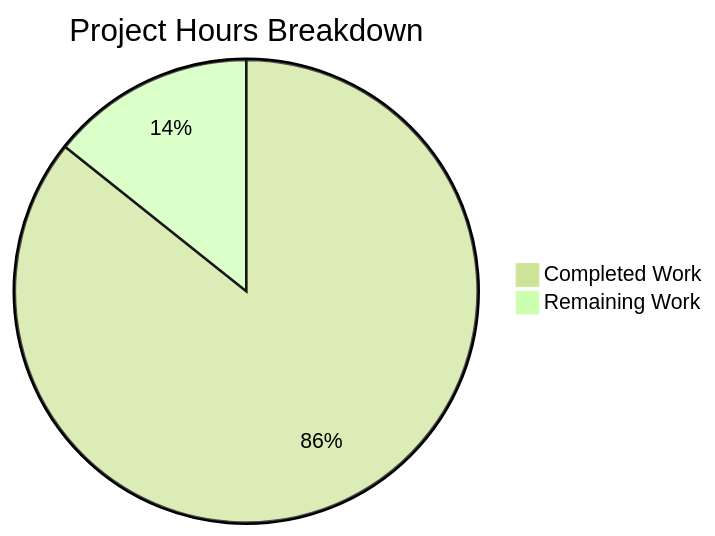
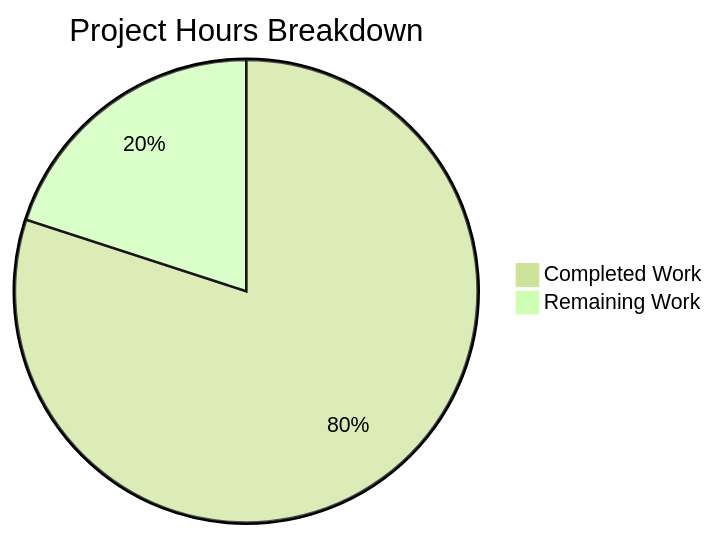
One commit to blitzytest02/12-dec_one changed the diagram in blitzy/documentation/Project Guide.md. Above: the diagram before and after it, drawn with Mermaid (forest theme). The commit also changed other lines of this file, not shown here.

Commit message:
Adding Blitzy Project Guide: Project Status and Human Tasks Remaining

````diff
--- a/blitzy/documentation/Project Guide.md
+++ b/blitzy/documentation/Project Guide.md
@@ -29,5 +83,5 @@
 ```mermaid
 pie title Project Hours Breakdown
-    "Completed Work" : 3
-    "Remaining Work" : 0.5
+    "Completed Work" : 4
+    "Remaining Work" : 1
 ```
````
